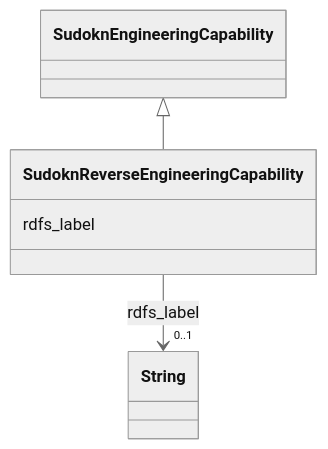
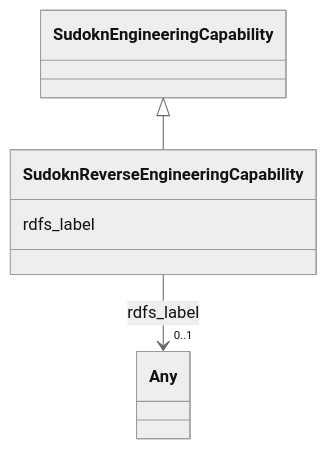
Before and after one commit to frink-okn/graph-descriptions: the diagram in sudokn-kg/classes/SudoknReverseEngineeringCapability.md, drawn with Mermaid (neutral theme). The commit also changed other lines of this file and 903 other files, not shown here.

````diff
--- a/sudokn-kg/classes/SudoknReverseEngineeringCapability.md
+++ b/sudokn-kg/classes/SudoknReverseEngineeringCapability.md
@@ -23,18 +18,18 @@
 ```mermaid
  classDiagram
     class SudoknReverseEngineeringCapability
     click SudoknReverseEngineeringCapability href "../SudoknReverseEngineeringCapability"
       SudoknEngineeringCapability <|-- SudoknReverseEngineeringCapability
         click SudoknEngineeringCapability href "../SudoknEngineeringCapability"
       
       SudoknReverseEngineeringCapability : rdfs_label
         
           
     
     
-    SudoknReverseEngineeringCapability --> "0..1" String : rdfs_label
-    click String href "../String"
+    SudoknReverseEngineeringCapability --> "0..1" Any : rdfs_label
+    click Any href "../Any"
 
         
       
 ```
````
